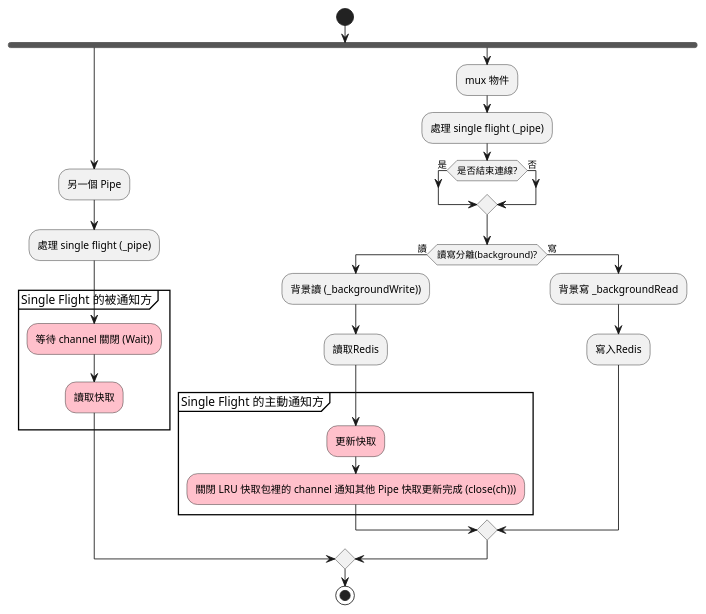
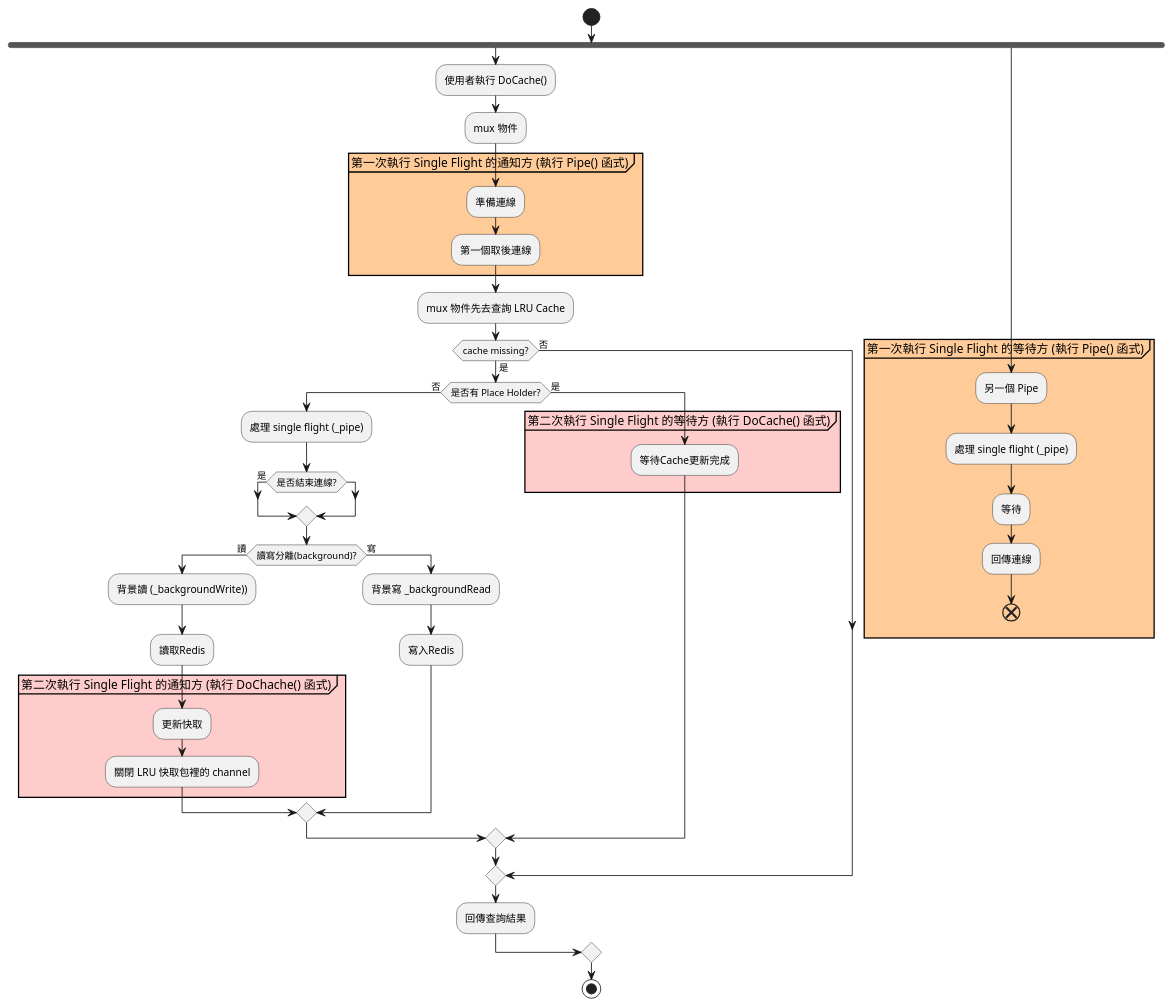
Before and after one commit to shadowp5ev76zi6/rueidis-learning: the diagram in 程式統一建模語言/singleFilght和LRU快取的活動圖.puml, drawn with PlantUML. The commit also changed 1 other file, not shown here.

```diff
--- a/程式統一建模語言/singleFilght和LRU快取的活動圖.puml
+++ b/程式統一建模語言/singleFilght和LRU快取的活動圖.puml
@@ -1,38 +1,46 @@
 @startuml
 
 start
-
 fork
-  :另一個 Pipe;
-  :處理 single flight (_pipe);
-partition "Single Flight 的被通知方" {
-  #Pink :等待 channel 關閉 (Wait));
-  #Pink :讀取快取;
+  :使用者執行 DoCache();
+  :mux 物件;
+partition "第一次執行 Single Flight 的通知方 (執行 Pipe() 函式)" #FFCC99 {
+  :準備連線;
+  :第一個取後連線;
 }
-
-fork again
-
-:mux 物件;
-
+  :mux 物件先去查詢 LRU Cache;
+if (cache missing?) then (是)
+if (是否有 Place Holder?) then (否)
 :處理 single flight (_pipe);
-
 if (是否結束連線?) then (是)
-else (否)
 endif
 if (讀寫分離(background)?) then (讀)
   :背景讀 (_backgroundWrite));
   :讀取Redis;
-partition "Single Flight 的主動通知方" {
-  #Pink :更新快取;
-  #Pink :關閉 LRU 快取包裡的 channel 通知其他 Pipe 快取更新完成 (close(ch)));
+partition "第二次執行 Single Flight 的通知方 (執行 DoChache() 函式)" #FFCCCC {
+  :更新快取;
+  :關閉 LRU 快取包裡的 channel;
 }
 else (寫)
   :背景寫 _backgroundRead;
   :寫入Redis;
 endif
-
+else (是)
+partition "第二次執行 Single Flight 的等待方 (執行 DoCache() 函式)" #FFCCCC {
+  :等待Cache更新完成;
+}
+endif
+else (否)
+endif
+  :回傳查詢結果;
+fork again
+partition "第一次執行 Single Flight 的等待方 (執行 Pipe() 函式)" #FFCC99 {
+  :另一個 Pipe;
+  :處理 single flight (_pipe);
+  :等待;
+  :回傳連線;
+  end
+}
 end merge
-
 stop
-
 @enduml
```
